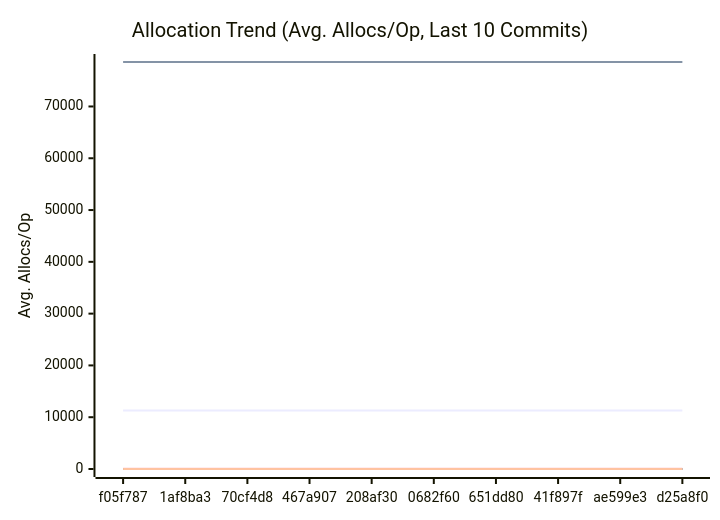
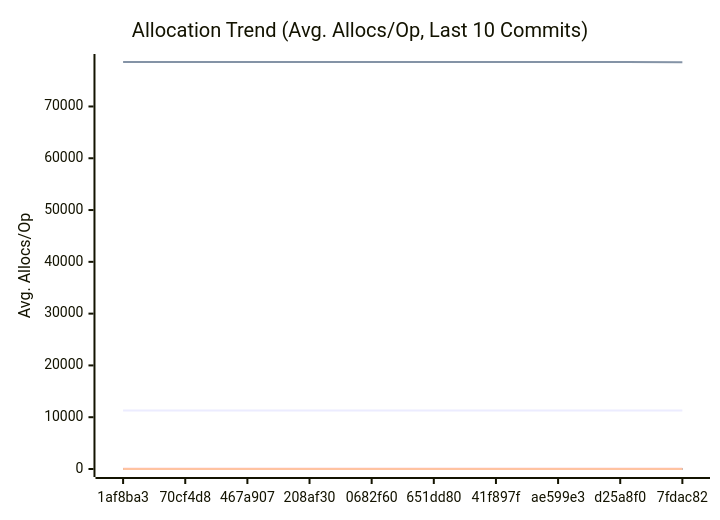
One commit to alsotoes/momo changed the third of 3 diagrams in docs/PERFORMANCE.md. Above: the diagram before and after it, drawn with Mermaid. The commit also changed other lines of this file and 3 other files, not shown here.

````diff
--- a/docs/PERFORMANCE.md
+++ b/docs/PERFORMANCE.md
@@ -197,20 +197,20 @@
 ```mermaid
 xychart-beta
     title "Allocation Trend (Avg. Allocs/Op, Last 10 Commits)"
     x-axis "Commit"
     y-axis "Avg. Allocs/Op"
-    x-axis [f05f787,1af8ba3,70cf4d8,467a907,208af30,0682f60,651dd80,41f897f,ae599e3,d25a8f0]
-    line "AWSChunkedReaderSigned" [11276,11279,11278,11297,11285,11285,11290,11275,11278,11276]
-    line "AWSChunkedReaderUnsigned" [78564,78575,78573,78574,78586,78562,78583,78570,78570,78570]
+    x-axis [1af8ba3,70cf4d8,467a907,208af30,0682f60,651dd80,41f897f,ae599e3,d25a8f0,7fdac82]
+    line "AWSChunkedReaderSigned" [11279,11278,11297,11285,11285,11290,11275,11278,11276,11292]
+    line "AWSChunkedReaderUnsigned" [78575,78573,78574,78586,78562,78583,78570,78570,78570,78560]
     line "CheckMetricsAndSwap" [0,0,0,0,0,0,0,0,0,0]
     line "CrushOptimized" [0,0,0,0,0,0,0,0,0,0]
     line "CrushOriginal" [3,3,3,3,3,3,3,3,3,3]
     line "IndexDirectTracking" [0,0,0,0,0,0,0,0,0,0]
     line "IndexSearch" [0,0,0,0,0,0,0,0,0,0]
     line "LoadGlobalConfig" [54,54,54,54,54,54,54,54,54,54]
     line "PadString" [1,1,1,1,1,1,1,1,1,1]
     line "ParseReplicationOrder_NoPrealloc" [6,6,6,6,6,5,5,5,5,5]
     line "ParseReplicationOrder_Prealloc" [2,2,2,2,2,1,1,1,1,1]
     line "SanitizeLog/Safe" [0,0,0,0,0,0,0,0,0,0]
     line "SanitizeLog/Unsafe" [1,1,1,1,1,1,1,1,1,1]
 ```
````
